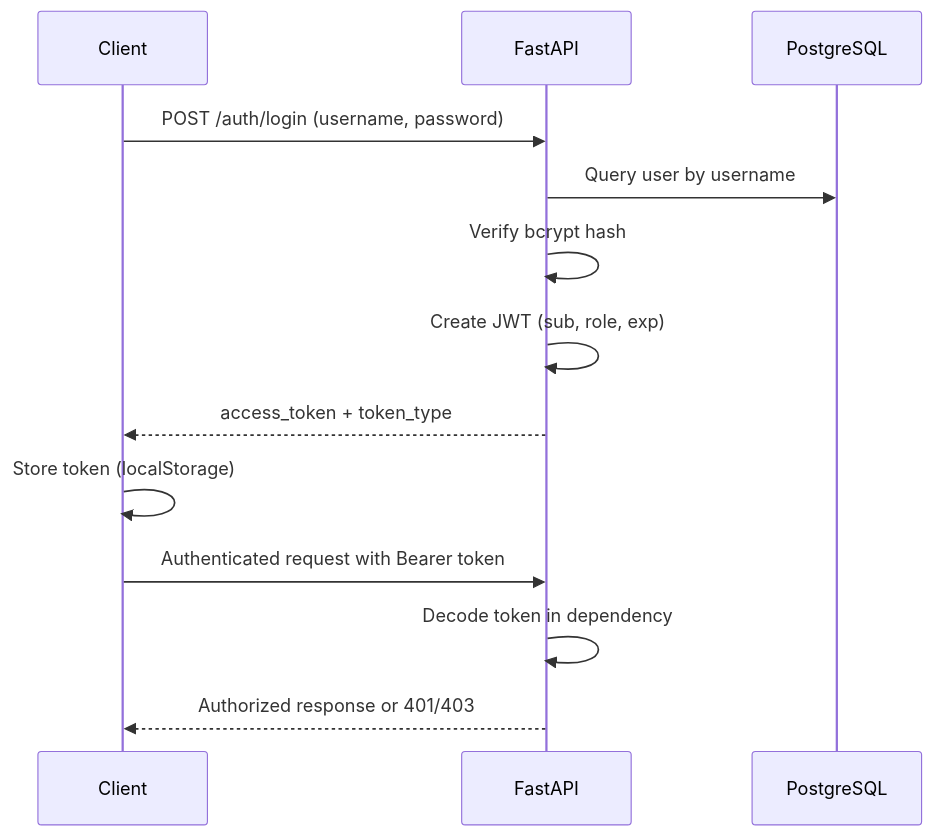
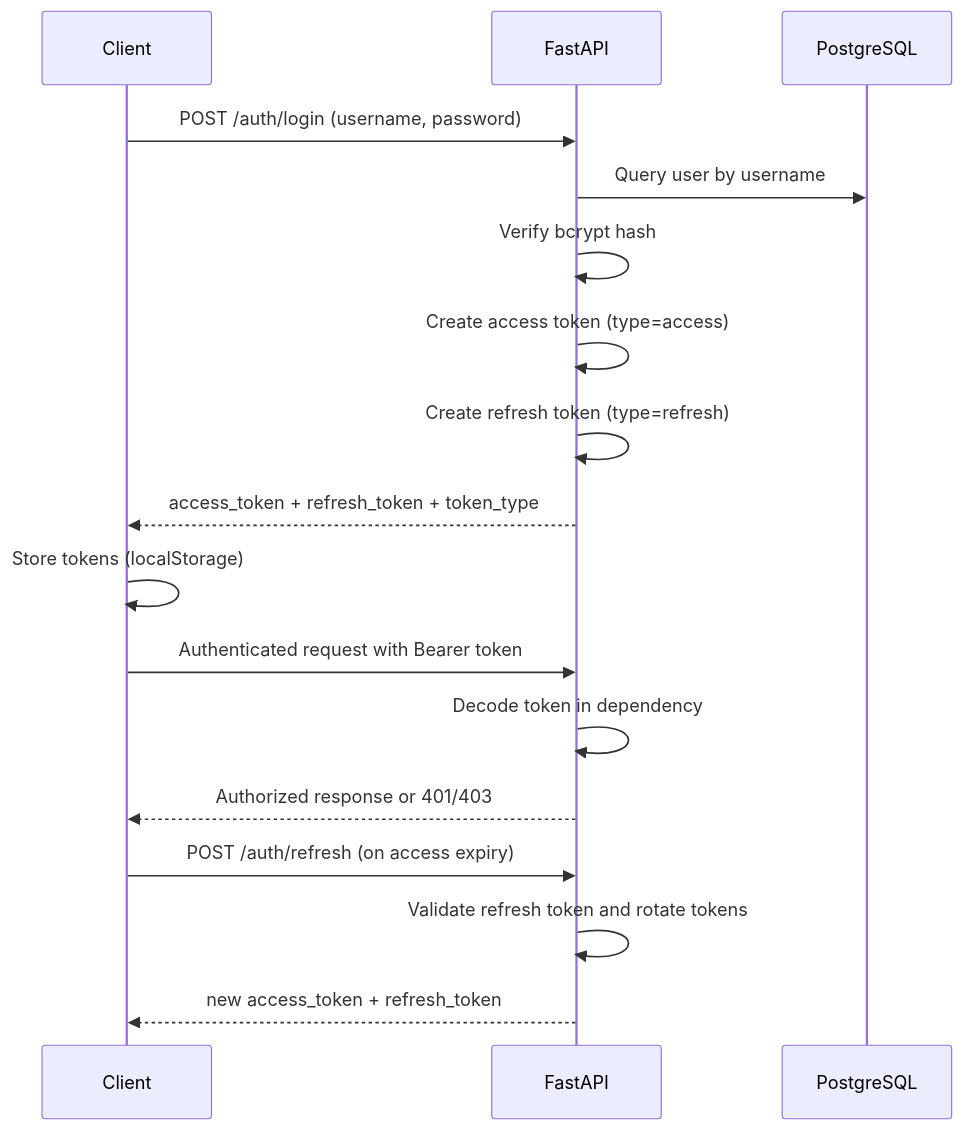
Before and after one commit to shivendrapate/Task-1-Patient-Management-System-: the second of 4 diagrams in PROJECT_DOCUMENTATION.md, drawn with Mermaid. The commit also changed other lines of this file and 26 other files, not shown here.

````diff
--- a/PROJECT_DOCUMENTATION.md
+++ b/PROJECT_DOCUMENTATION.md
@@ -86,16 +89,20 @@
 ```mermaid
 sequenceDiagram
     participant C as Client
     participant API as FastAPI
     participant DB as PostgreSQL
 
     C->>API: POST /auth/login (username, password)
     API->>DB: Query user by username
     API->>API: Verify bcrypt hash
-    API->>API: Create JWT (sub, role, exp)
-    API-->>C: access_token + token_type
-    C->>C: Store token (localStorage)
+    API->>API: Create access token (type=access)
+    API->>API: Create refresh token (type=refresh)
+    API-->>C: access_token + refresh_token + token_type
+    C->>C: Store tokens (localStorage)
     C->>API: Authenticated request with Bearer token
     API->>API: Decode token in dependency
     API-->>C: Authorized response or 401/403
+    C->>API: POST /auth/refresh (on access expiry)
+    API->>API: Validate refresh token and rotate tokens
+    API-->>C: new access_token + refresh_token
 ```
````
